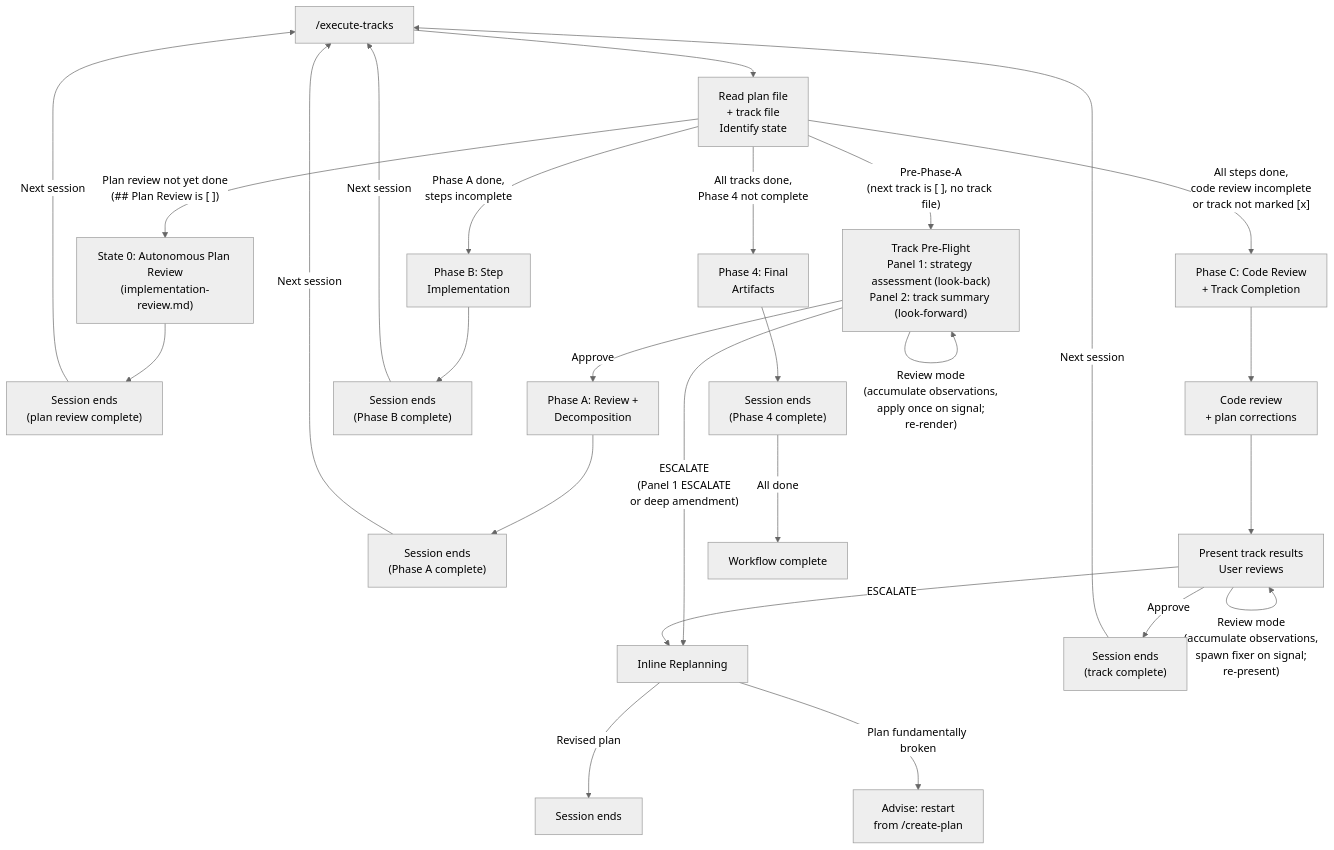
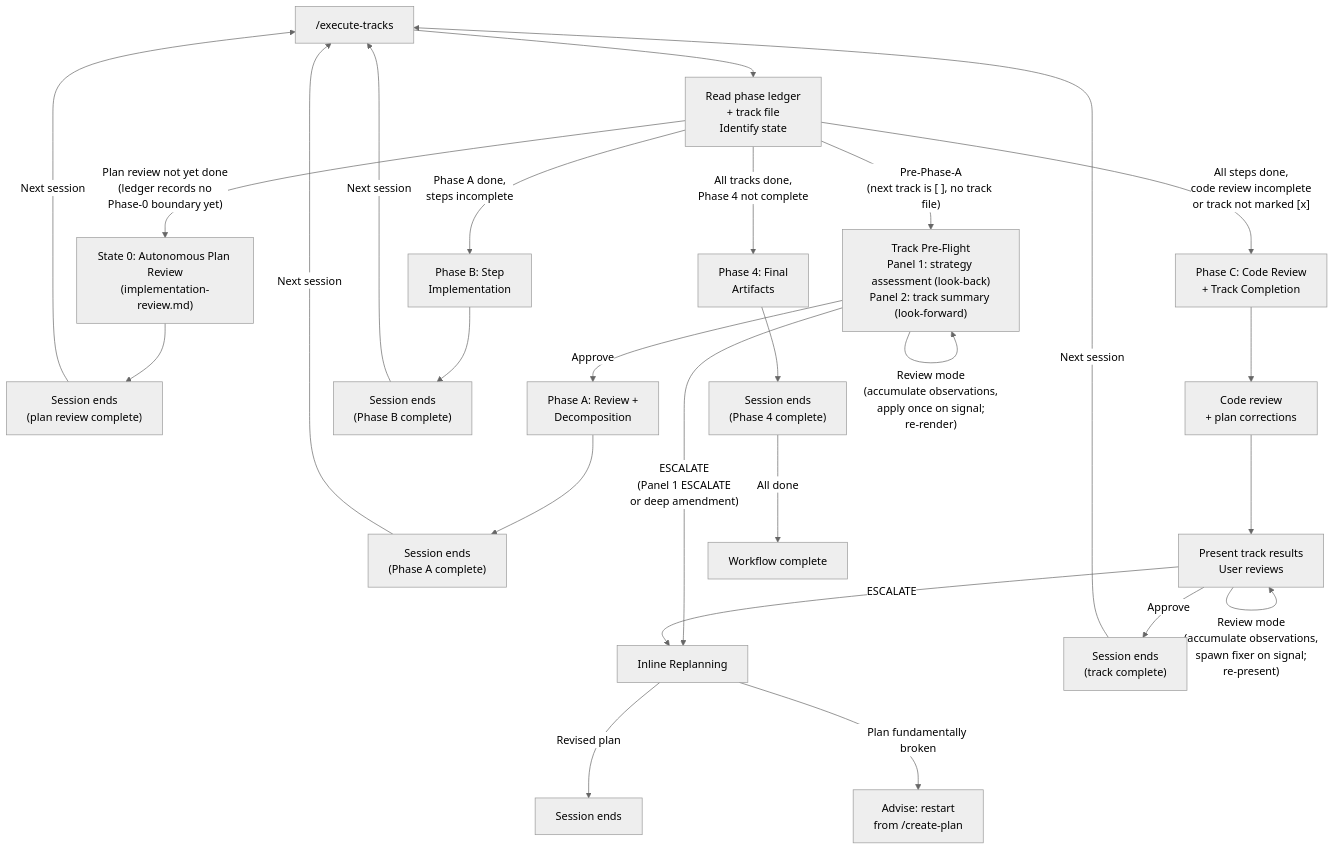
Before and after one commit to JetBrains/youtrackdb: the diagram in docs/adr/no-track-for-minimal/_workflow/staged-workflow/.claude/workflow/workflow.md, drawn with Mermaid (neutral theme). The commit also changed other lines of this file and 3 other files, not shown here.

First line of the commit message:
Review fix: align Track-1 self-references to the ledger model

````diff
--- a/docs/adr/no-track-for-minimal/_workflow/staged-workflow/.claude/workflow/workflow.md
+++ b/docs/adr/no-track-for-minimal/_workflow/staged-workflow/.claude/workflow/workflow.md
@@ -114,38 +115,38 @@
 ```mermaid
 flowchart TD
     START["/execute-tracks"]
-    READ["Read plan file\n+ track file\nIdentify state"]
+    READ["Read phase ledger\n+ track file\nIdentify state"]
 
     START --> READ
 
-    READ -->|"Plan review not yet done\n(## Plan Review is [ ])"| P2["State 0: Autonomous Plan Review\n(implementation-review.md)"]
+    READ -->|"Plan review not yet done\n(ledger records no\nPhase-0 boundary yet)"| P2["State 0: Autonomous Plan Review\n(implementation-review.md)"]
     READ -->|"Pre-Phase-A\n(next track is [ ], no track file)"| PREFLIGHT["Track Pre-Flight\nPanel 1: strategy assessment (look-back)\nPanel 2: track summary (look-forward)"]
     READ -->|"Phase A done,\nsteps incomplete"| PB["Phase B: Step\nImplementation"]
     READ -->|"All steps done,\ncode review incomplete\nor track not marked [x]"| PC["Phase C: Code Review\n+ Track Completion"]
     READ -->|"All tracks done,\nPhase 4 not complete"| P4["Phase 4: Final\nArtifacts"]
 
     P2 --> END_P2["Session ends\n(plan review complete)"]
     PREFLIGHT -->|Approve| PA["Phase A: Review +\nDecomposition"]
     PREFLIGHT -->|"Review mode\n(accumulate observations,\napply once on signal;\nre-render)"| PREFLIGHT
     PREFLIGHT -->|"ESCALATE\n(Panel 1 ESCALATE\nor deep amendment)"| REPLAN["Inline Replanning"]
 
     REPLAN -->|"Revised plan"| END_S["Session ends"]
     REPLAN -->|"Plan fundamentally broken"| EXIT_P1["Advise: restart\nfrom /create-plan"]
 
     PA --> END_A["Session ends\n(Phase A complete)"]
     PB --> END_B["Session ends\n(Phase B complete)"]
 
     PC --> REVIEW["Code review\n+ plan corrections"]
     REVIEW --> PRESENT["Present track results\nUser reviews"]
     PRESENT -->|Approve| END_TRACK["Session ends\n(track complete)"]
     PRESENT -->|"Review mode\n(accumulate observations,\nspawn fixer on signal;\nre-present)"| PRESENT
     PRESENT -->|ESCALATE| REPLAN
 
     P4 --> END_P4["Session ends\n(Phase 4 complete)"]
 
     END_P2 -->|"Next session"| START
     END_A -->|"Next session"| START
     END_B -->|"Next session"| START
     END_TRACK -->|"Next session"| START
     END_P4 -->|"All done"| DONE["Workflow complete"]
 ```
````
